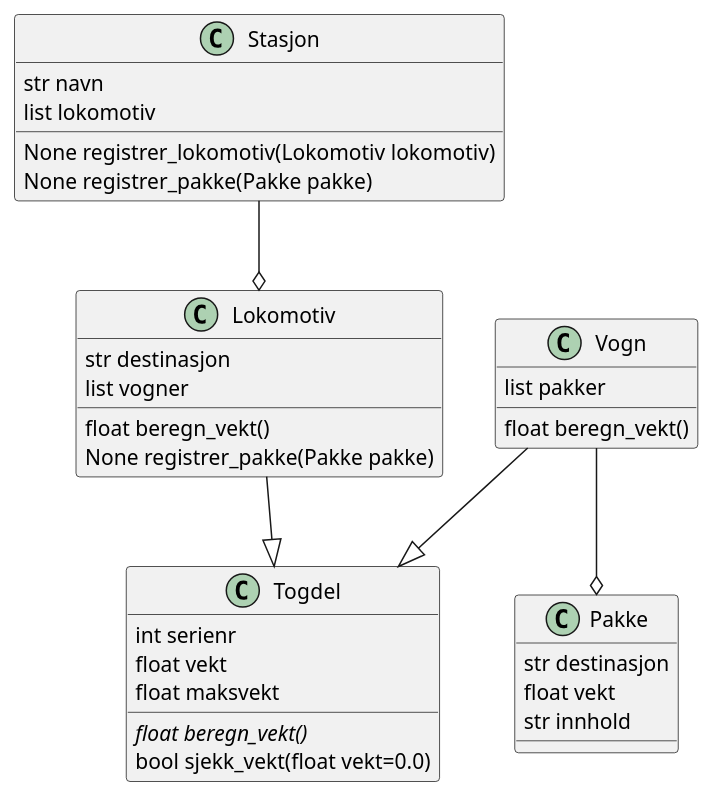
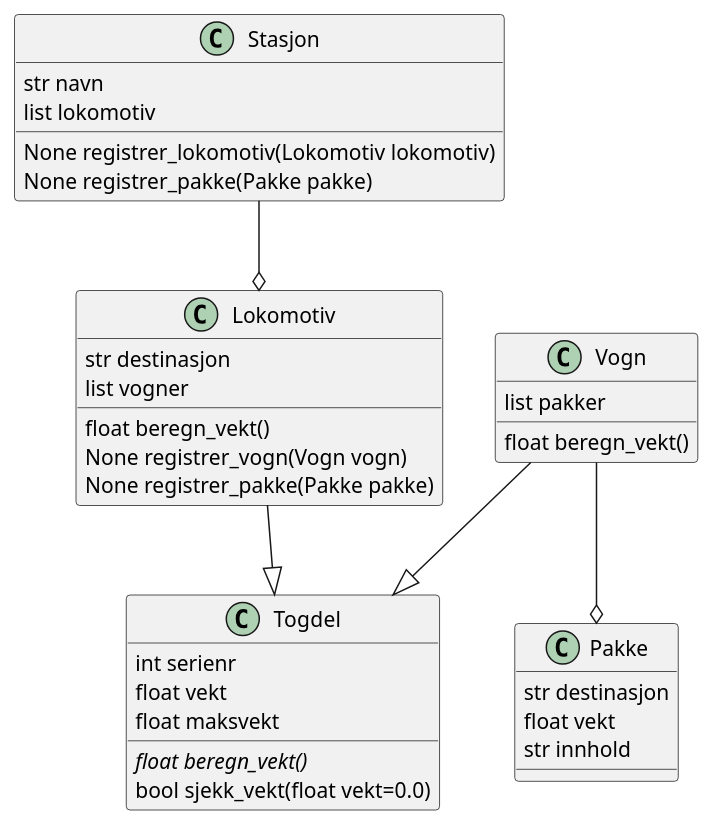
Before and after one commit to johanhake/it2-oppgave-togstasjon: the diagram in doc/stasjon.plantuml, drawn with PlantUML.

Commit message:
La til mulighet å legge til vogn

```diff
--- a/doc/stasjon.plantuml
+++ b/doc/stasjon.plantuml
@@ -1,39 +1,40 @@
 @startuml stasjon
     class Togdel{
         int serienr
         float vekt
         float maksvekt
         {abstract} float beregn_vekt()
         bool sjekk_vekt(float vekt=0.0)
     }
 
     class Vogn{
         list pakker
         float beregn_vekt()
     }
 
     class Lokomotiv{
         str destinasjon
         list vogner
         float beregn_vekt()
+        None registrer_vogn(Vogn vogn)
         None registrer_pakke(Pakke pakke)
     }
 
     class Stasjon{
         str navn
         list lokomotiv
         None registrer_lokomotiv(Lokomotiv lokomotiv)
         None registrer_pakke(Pakke pakke)
     }
 
     class Pakke{
         str destinasjon
         float vekt
         str innhold
     }
 
     Lokomotiv --|> Togdel
     Vogn --|> Togdel
     Stasjon --o Lokomotiv
     Vogn --o Pakke
 @enduml
```
